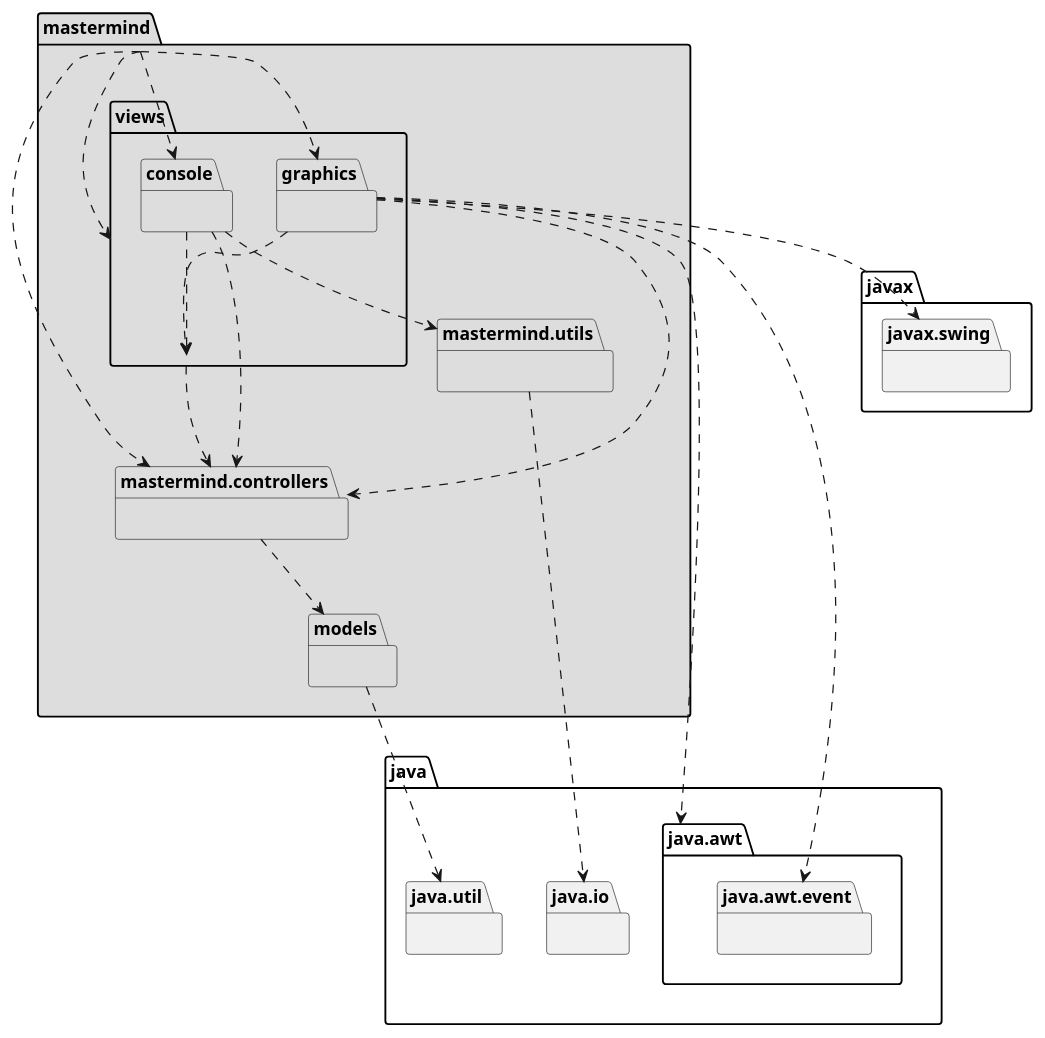
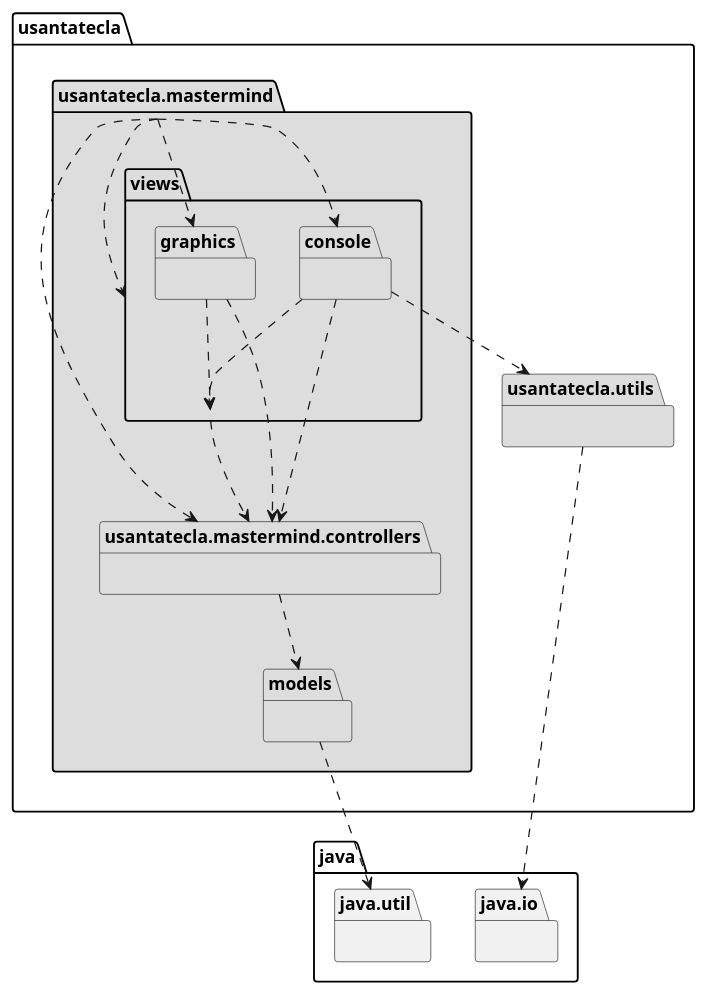
One commit to SantaTecla-mastermind/solution.java.swing.socket.sql changed the diagram in modelViewPresenter/presentationModel/withFacade/docs/diagrams/src/arquitectura.plantuml. Above: the diagram before and after it, drawn with PlantUML. The commit also changed 9 other files, not shown here.

Commit message:
Diagrams MVP WithFacade finished

```diff
--- a/modelViewPresenter/presentationModel/withFacade/docs/diagrams/src/arquitectura.plantuml
+++ b/modelViewPresenter/presentationModel/withFacade/docs/diagrams/src/arquitectura.plantuml
@@ -1,36 +1,33 @@
 @startuml arquitectura
-package mastermind #DDDDDD { }
+package usantatecla.mastermind #DDDDDD { }
 
-package mastermind.controllers #DDDDDD { }
-mastermind.controllers .down.> mastermind.models
-mastermind  .down.> mastermind.views
-mastermind  .down.> mastermind.views.console
-mastermind  .down.> mastermind.views.graphics
-mastermind  .down.> mastermind.controllers
+package usantatecla.mastermind.controllers #DDDDDD { }
+usantatecla.mastermind.controllers .down.> usantatecla.mastermind.models
+usantatecla.mastermind  .down.> usantatecla.mastermind.views
+usantatecla.mastermind  .down.> usantatecla.mastermind.views.console
+usantatecla.mastermind  .down.> usantatecla.mastermind.views.graphics
+usantatecla.mastermind  .down.> usantatecla.mastermind.controllers
 
-package mastermind.models #DDDDDD { }
+package usantatecla.mastermind.models #DDDDDD { }
 package java.util{ }
-mastermind.models .down.> java.util
+usantatecla.mastermind.models .down.> java.util
 
-package mastermind.utils #DDDDDD { }
+package usantatecla.utils #DDDDDD { }
 package java.io{ }
-mastermind.utils .down.> java.io
+usantatecla.utils .down.> java.io
 
-package mastermind.views #DDDDDD { }
-mastermind.views .down.> mastermind.controllers
+package usantatecla.mastermind.views #DDDDDD { }
+usantatecla.mastermind.views .down.> usantatecla.mastermind.controllers
 
-package mastermind.views.console #DDDDDD { }
-mastermind.views.console .down.> mastermind.controllers
-mastermind.views.console .down.> mastermind.views
-mastermind.views.console .down.> mastermind.utils
+package usantatecla.mastermind.views.console #DDDDDD { }
+usantatecla.mastermind.views.console .down.> usantatecla.mastermind.controllers
+usantatecla.mastermind.views.console .down.> usantatecla.mastermind.views
+usantatecla.mastermind.views.console .down.> usantatecla.utils
 
-package mastermind.views.graphics #DDDDDD { }
-package java.awt{ }
-mastermind.views.graphics .down.> java.awt
-mastermind.views.graphics .down.> mastermind.controllers
-package java.awt.event{ }
-mastermind.views.graphics .down.> java.awt.event
-mastermind.views.graphics .down.> mastermind.views
-package javax.swing{ }
-mastermind.views.graphics .down.> javax.swing
+package usantatecla.mastermind.views.graphics #DDDDDD { }
+
+usantatecla.mastermind.views.graphics .down.> usantatecla.mastermind.controllers
+
+usantatecla.mastermind.views.graphics .down.> usantatecla.mastermind.views
+
 @enduml
```
